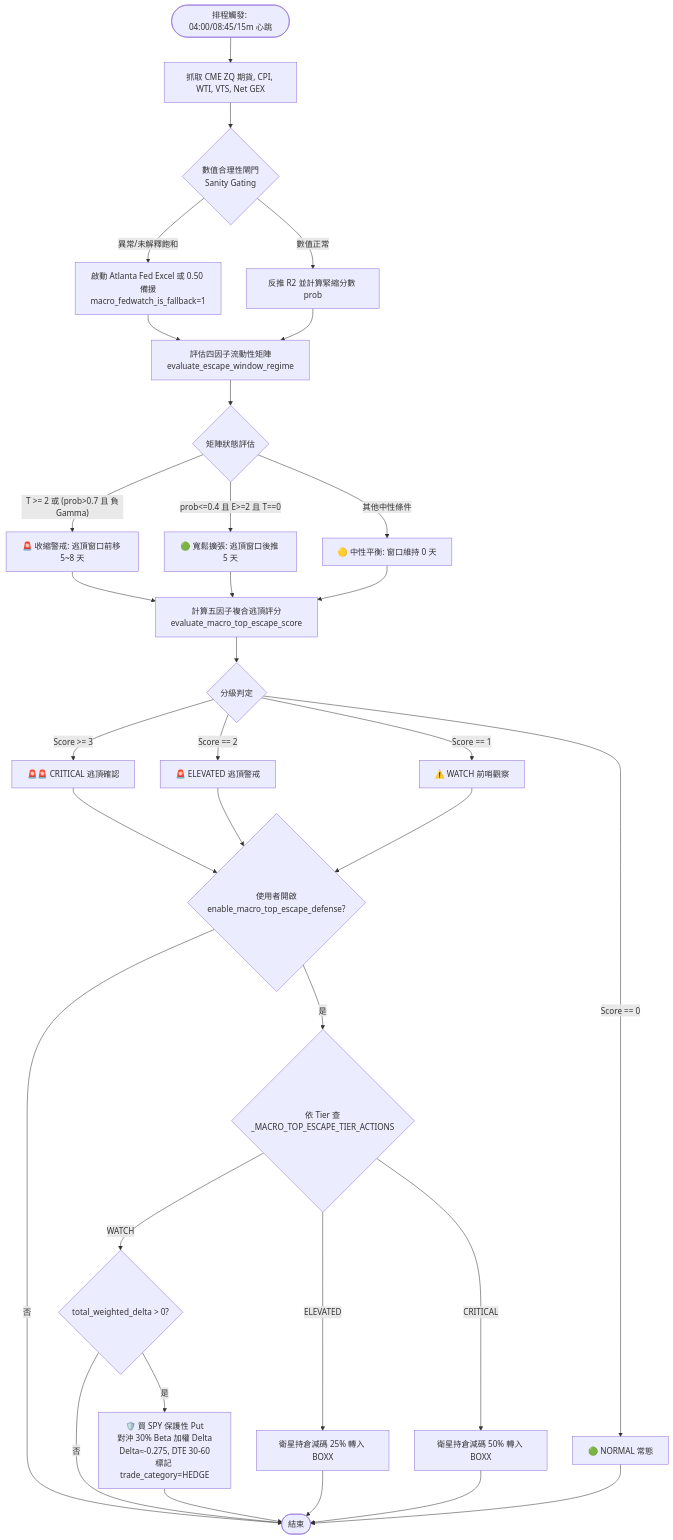
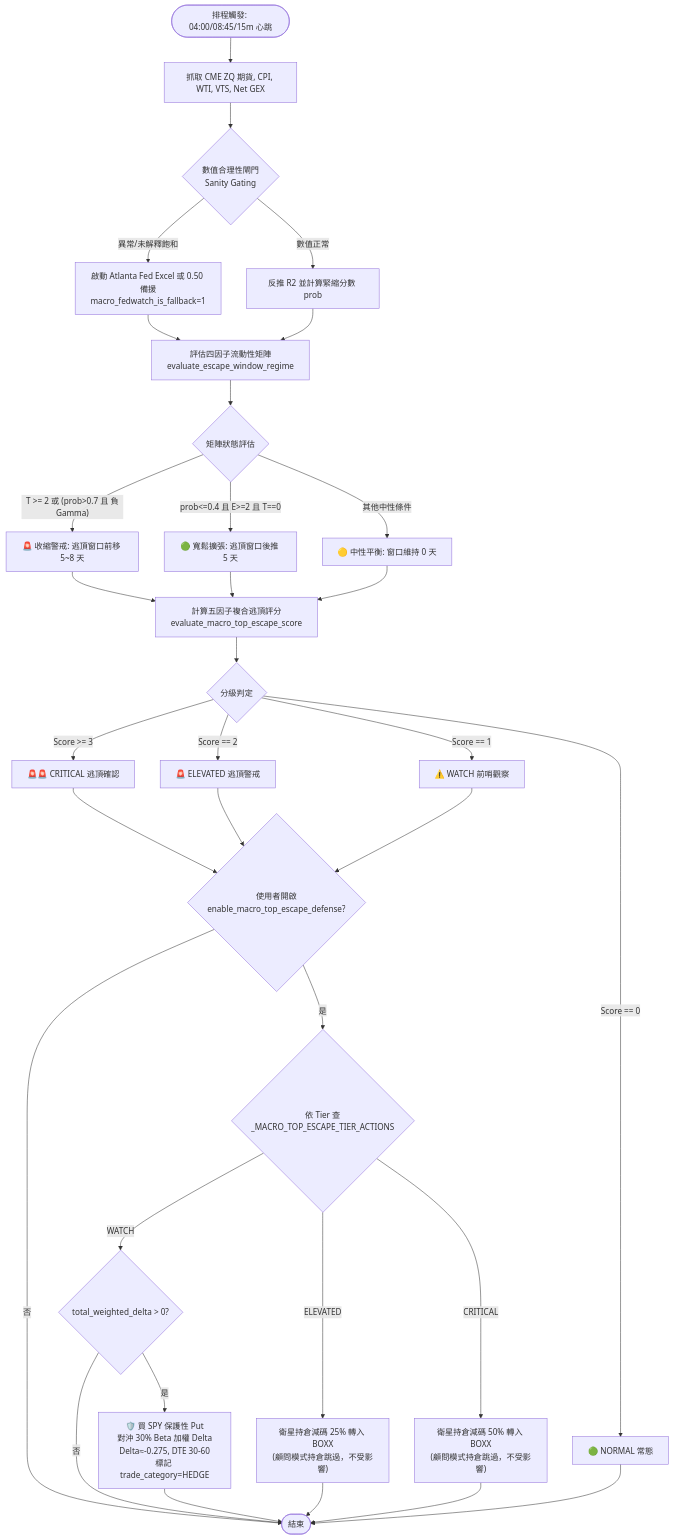
One commit to cosmo-chang-1701/nexus-seeker changed the diagram in docs/macro_sentiment/01_macro_escape_top_matrix.md. Above: the diagram before and after it, drawn with Mermaid. The commit also changed other lines of this file and 22 other files, not shown here.

````diff
--- a/docs/macro_sentiment/01_macro_escape_top_matrix.md
+++ b/docs/macro_sentiment/01_macro_escape_top_matrix.md
@@ -131,45 +131,45 @@
 ```mermaid
 flowchart TD
     Start([排程觸發: 04:00/08:45/15m 心跳]) --> FetchMacro[抓取 CME ZQ 期貨, CPI, WTI, VTS, Net GEX]
     FetchMacro --> SanityCheck{"數值合理性閘門<br/>Sanity Gating"}
 
     SanityCheck -- 異常/未解釋飽和 --> FallbackState["啟動 Atlanta Fed Excel 或 0.50 備援<br/>macro_fedwatch_is_fallback=1"]
     SanityCheck -- 數值正常 --> CalculateProb[反推 R2 並計算緊縮分數 prob]
 
     FallbackState --> EscapeRegime["評估四因子流動性矩陣<br/>evaluate_escape_window_regime"]
     CalculateProb --> EscapeRegime
 
     EscapeRegime --> WindowShift{矩陣狀態評估}
     WindowShift -- "T >= 2 或 (prob>0.7 且 負Gamma)" --> ShiftEarly[🚨 收縮警戒: 逃頂窗口前移 5~8 天]
     WindowShift -- "prob<=0.4 且 E>=2 且 T==0" --> ShiftLate[🟢 寬鬆擴張: 逃頂窗口後推 5 天]
     WindowShift -- 其他中性條件 --> ShiftNeutral[🟡 中性平衡: 窗口維持 0 天]
 
     ShiftEarly --> TopEscapeScore["計算五因子複合逃頂評分<br/>evaluate_macro_top_escape_score"]
     ShiftLate --> TopEscapeScore
     ShiftNeutral --> TopEscapeScore
 
     TopEscapeScore --> CheckTier{分級判定}
     CheckTier -- "Score >= 3" --> CriticalTier[🚨🚨 CRITICAL 逃頂確認]
     CheckTier -- "Score == 2" --> ElevatedTier[🚨 ELEVATED 逃頂警戒]
     CheckTier -- "Score == 1" --> WatchTier[⚠️ WATCH 前哨觀察]
     CheckTier -- "Score == 0" --> NormalTier[🟢 NORMAL 常態]
 
     CriticalTier --> Scenario6Gate{"使用者開啟<br/>enable_macro_top_escape_defense?"}
     ElevatedTier --> Scenario6Gate
     WatchTier --> Scenario6Gate
 
     Scenario6Gate -- 否 --> EndReport[僅呈現終端 Embed 警報]
     Scenario6Gate -- 是 --> TierAction{"依 Tier 查<br/>_MACRO_TOP_ESCAPE_TIER_ACTIONS"}
 
     TierAction -- WATCH --> DeltaCheck{"total_weighted_delta > 0?"}
     DeltaCheck -- 否 --> EndReport
     DeltaCheck -- 是 --> BuyPut["🛡️ 買 SPY 保護性 Put<br/>對沖 30% Beta 加權 Delta<br/>Delta≈-0.275, DTE 30-60<br/>標記 trade_category=HEDGE"]
 
-    TierAction -- ELEVATED --> Trim25["衛星持倉減碼 25% 轉入 BOXX"]
-    TierAction -- CRITICAL --> Trim50["衛星持倉減碼 50% 轉入 BOXX"]
+    TierAction -- ELEVATED --> Trim25["衛星持倉減碼 25% 轉入 BOXX<br/>(顧問模式持倉跳過，不受影響)"]
+    TierAction -- CRITICAL --> Trim50["衛星持倉減碼 50% 轉入 BOXX<br/>(顧問模式持倉跳過，不受影響)"]
 
     NormalTier --> EndReport
     BuyPut --> EndReport([結束])
     Trim25 --> EndReport
     Trim50 --> EndReport
 ```
````
